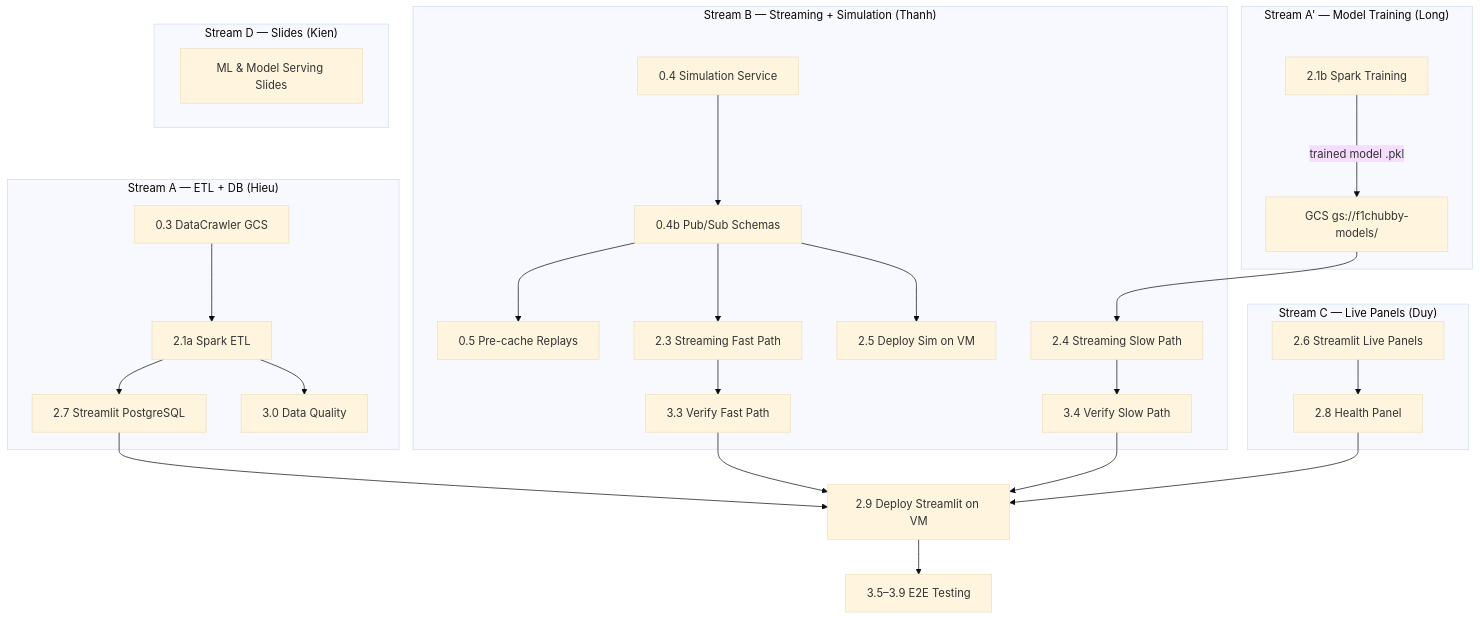
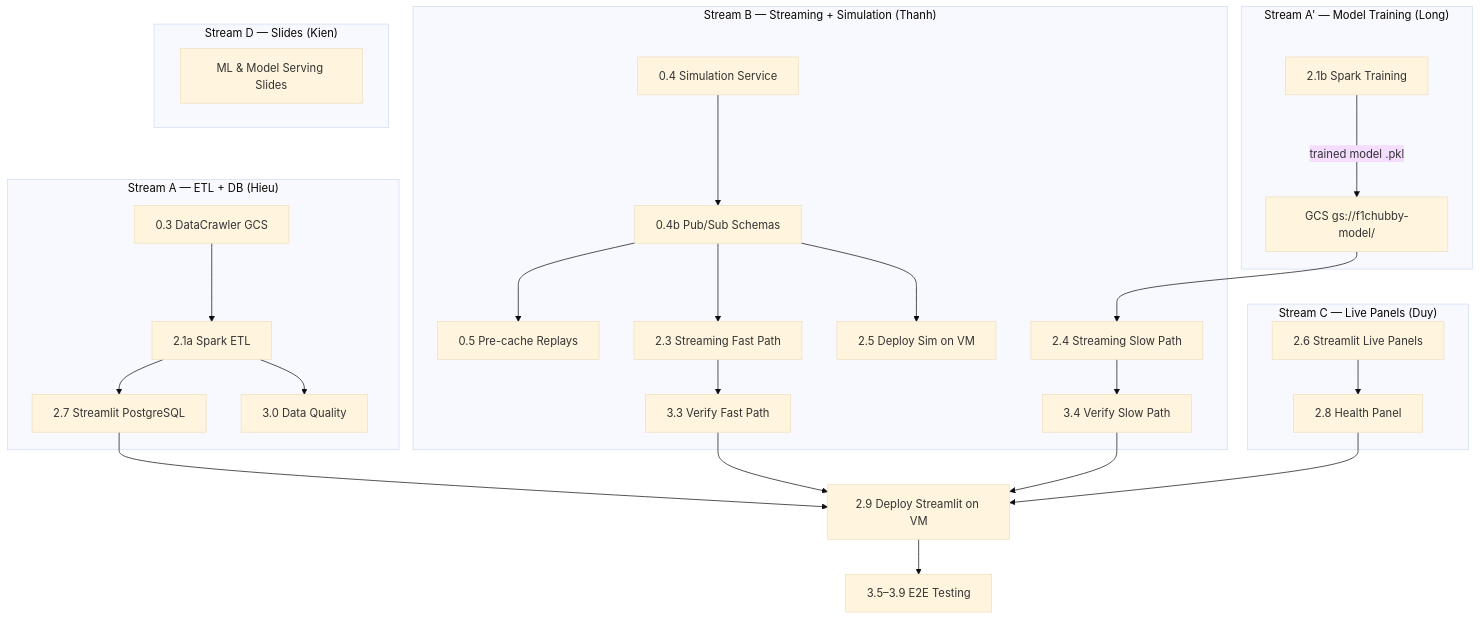
One commit to nmk-k66-uet/F1-Chubby-Data changed diagram 11 of 11 in revised_plan.md. Above: the diagram before and after it, drawn with Mermaid (base theme). The commit also changed other lines of this file and 9 other files, not shown here.

````diff
--- a/revised_plan.md
+++ b/revised_plan.md
@@ -757,33 +757,33 @@
 ```mermaid
 flowchart TD
     subgraph "Stream A — ETL + DB (Hieu)"
         A1[0.3 DataCrawler GCS] --> A2[2.1a Spark ETL]
         A2 --> A3[2.7 Streamlit PostgreSQL]
         A2 --> A4[3.0 Data Quality]
     end
 
     subgraph "Stream A' — Model Training (Long)"
-        AT1[2.1b Spark Training] -->|trained model .pkl| AT2[GCS gs://f1chubby-models/]
+        AT1[2.1b Spark Training] -->|trained model .pkl| AT2[GCS gs://f1chubby-model/]
     end
 
     subgraph "Stream B — Streaming + Simulation (Thanh)"
         B1[0.4 Simulation Service] --> B1b[0.4b Pub/Sub Schemas]
         B1b --> B2[0.5 Pre-cache Replays]
         B1b --> B3[2.3 Streaming Fast Path]
         B1b --> B4[2.5 Deploy Sim on VM]
         AT2 --> B5[2.4 Streaming Slow Path]
         B3 --> B6[3.3 Verify Fast Path]
         B5 --> B7[3.4 Verify Slow Path]
     end
 
     subgraph "Stream C — Live Panels (Duy)"
         C1[2.6 Streamlit Live Panels] --> C2[2.8 Health Panel]
     end
 
     subgraph "Stream D — Slides (Kien)"
         D1[ML & Model Serving Slides]
     end
 
     A3 & B6 & B7 & C2 --> DEPLOY[2.9 Deploy Streamlit on VM]
     DEPLOY --> TEST[3.5–3.9 E2E Testing]
 ```
````
